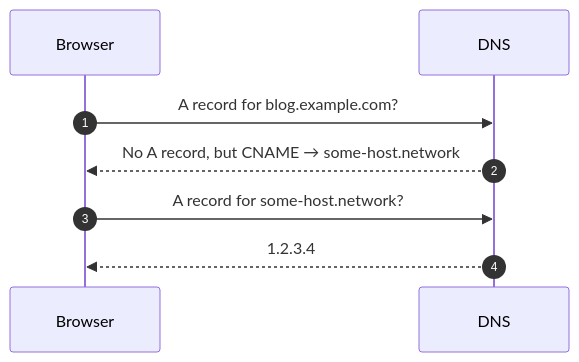
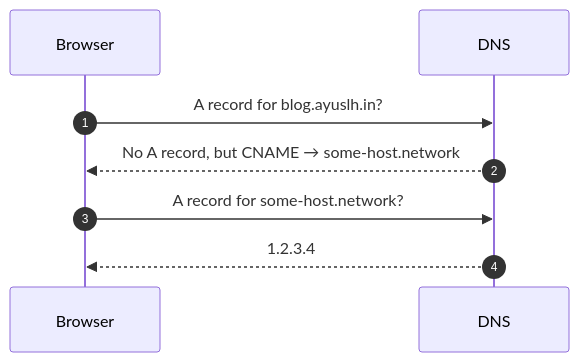
The second of 5 diagrams in content/posts/networking/ch24-dns-record-types.mdx (ayuslharora/blog-ayuslh), drawn with Mermaid before and after one commit. The commit also changed other lines of this file, not shown here.

Commit message:
Improvement in the diagram and examples

````diff
--- a/content/posts/networking/ch24-dns-record-types.mdx
+++ b/content/posts/networking/ch24-dns-record-types.mdx
@@ -107,11 +107,11 @@
 ```mermaid
 sequenceDiagram
     autonumber
     participant Browser
     participant DNS
 
-    Browser->>DNS: A record for blog.example.com?
+    Browser->>DNS: A record for blog.ayuslh.in?
     DNS-->>Browser: No A record, but CNAME → some-host.network
     Browser->>DNS: A record for some-host.network?
     DNS-->>Browser: 1.2.3.4
 ```
````
